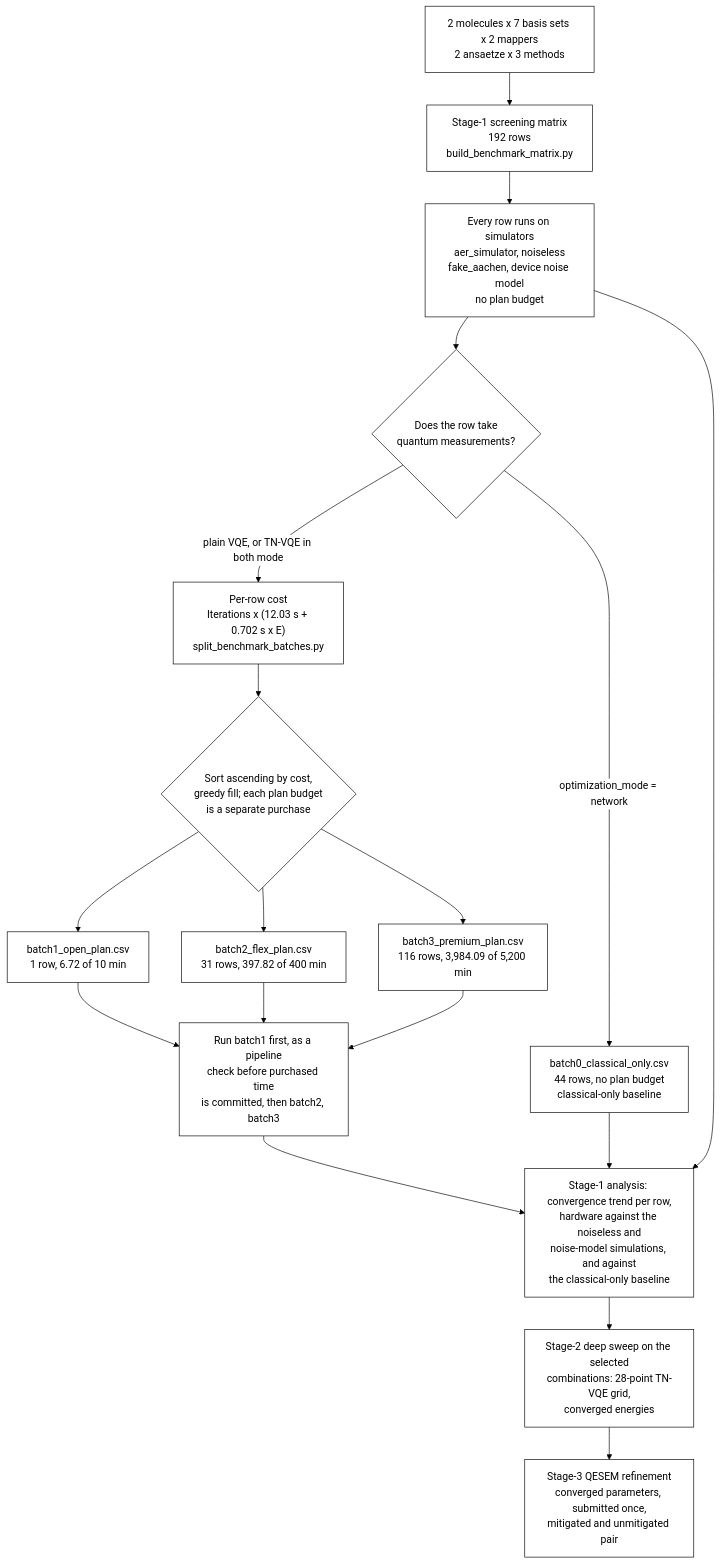
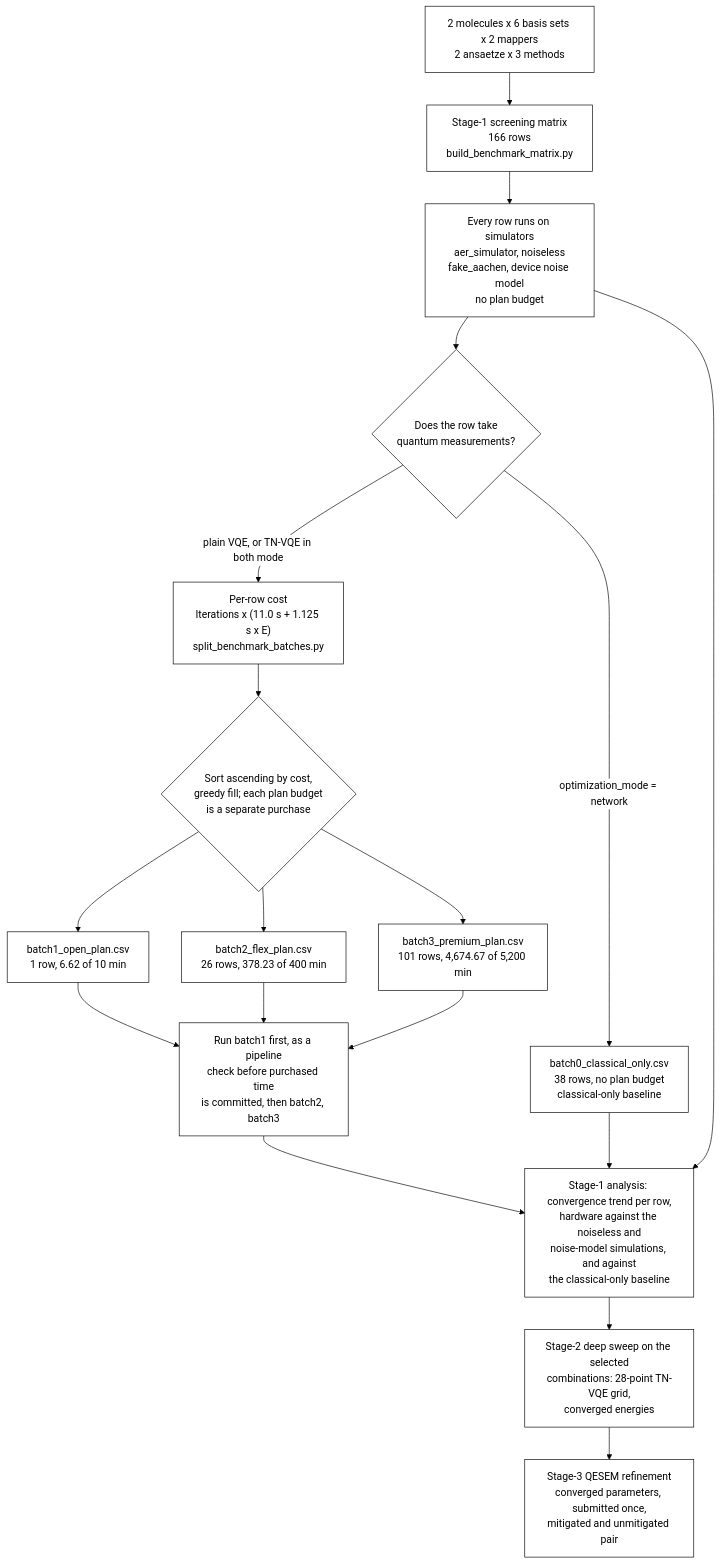
Before and after one commit to MQSdk/qpubench: the diagram in data/benchmarks/ibm_tn-vqe_qesem/README.md, drawn with Mermaid. The commit also changed other lines of this file and 8 other files, not shown here.

````diff
--- a/data/benchmarks/ibm_tn-vqe_qesem/README.md
+++ b/data/benchmarks/ibm_tn-vqe_qesem/README.md
@@ -276,28 +286,28 @@
 ```mermaid
 %%{init: {"theme": "base", "themeVariables": {"background": "#ffffff", "primaryColor": "#ffffff", "primaryBorderColor": "#000000", "primaryTextColor": "#000000", "lineColor": "#000000", "secondaryColor": "#ffffff", "tertiaryColor": "#ffffff", "clusterBkg": "#ffffff", "clusterBorder": "#000000", "edgeLabelBackground": "#ffffff", "fontFamily": "monospace"}}}%%
 flowchart TD
-    A["2 molecules x 7 basis sets x 2 mappers<br/>2 ansaetze x 3 methods"]
-    A --> B["Stage-1 screening matrix<br/>192 rows<br/>build_benchmark_matrix.py"]
+    A["2 molecules x 6 basis sets x 2 mappers<br/>2 ansaetze x 3 methods"]
+    A --> B["Stage-1 screening matrix<br/>166 rows<br/>build_benchmark_matrix.py"]
     B --> S["Every row runs on simulators<br/>aer_simulator, noiseless<br/>fake_aachen, device noise model<br/>no plan budget"]
 
     S --> Z{"Does the row take<br/>quantum measurements?"}
-    Z -->|"optimization_mode = network"| Y["batch0_classical_only.csv<br/>44 rows, no plan budget<br/>classical-only baseline"]
-    Z -->|"plain VQE, or TN-VQE in both mode"| C["Per-row cost<br/>Iterations x (12.03 s + 0.702 s x E)<br/>split_benchmark_batches.py"]
+    Z -->|"optimization_mode = network"| Y["batch0_classical_only.csv<br/>38 rows, no plan budget<br/>classical-only baseline"]
+    Z -->|"plain VQE, or TN-VQE in both mode"| C["Per-row cost<br/>Iterations x (11.0 s + 1.125 s x E)<br/>split_benchmark_batches.py"]
 
     C --> H{"Sort ascending by cost,<br/>greedy fill; each plan budget<br/>is a separate purchase"}
-    H --> I["batch1_open_plan.csv<br/>1 row, 6.72 of 10 min"]
-    H --> J["batch2_flex_plan.csv<br/>31 rows, 397.82 of 400 min"]
-    H --> K["batch3_premium_plan.csv<br/>116 rows, 3,984.09 of 5,200 min"]
+    H --> I["batch1_open_plan.csv<br/>1 row, 6.62 of 10 min"]
+    H --> J["batch2_flex_plan.csv<br/>26 rows, 378.23 of 400 min"]
+    H --> K["batch3_premium_plan.csv<br/>101 rows, 4,674.67 of 5,200 min"]
     I --> R["Run batch1 first, as a pipeline<br/>check before purchased time<br/>is committed, then batch2, batch3"]
     J --> R
     K --> R
 
     R --> N["Stage-1 analysis: convergence trend per row,<br/>hardware against the noiseless and<br/>noise-model simulations, and against<br/>the classical-only baseline"]
     Y --> N
     S --> N
     N --> O["Stage-2 deep sweep on the selected<br/>combinations: 28-point TN-VQE grid,<br/>converged energies"]
     O --> P["Stage-3 QESEM refinement<br/>converged parameters, submitted once,<br/>mitigated and unmitigated pair"]
 
     classDef bw fill:#ffffff,stroke:#000000,stroke-width:1px,color:#000000
     class A,B,C,H,I,J,K,N,O,P,R,S,Y,Z bw
 ```
````
